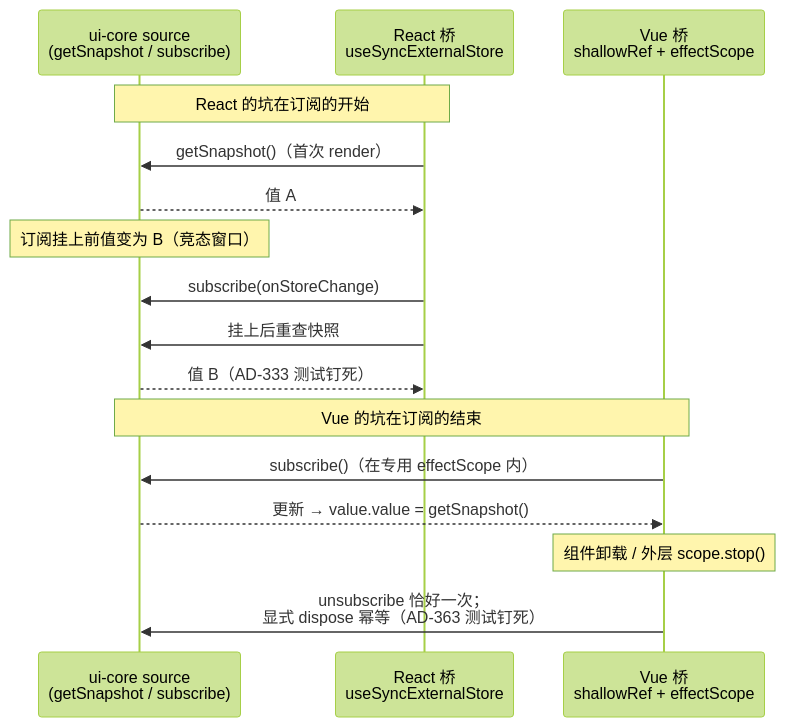
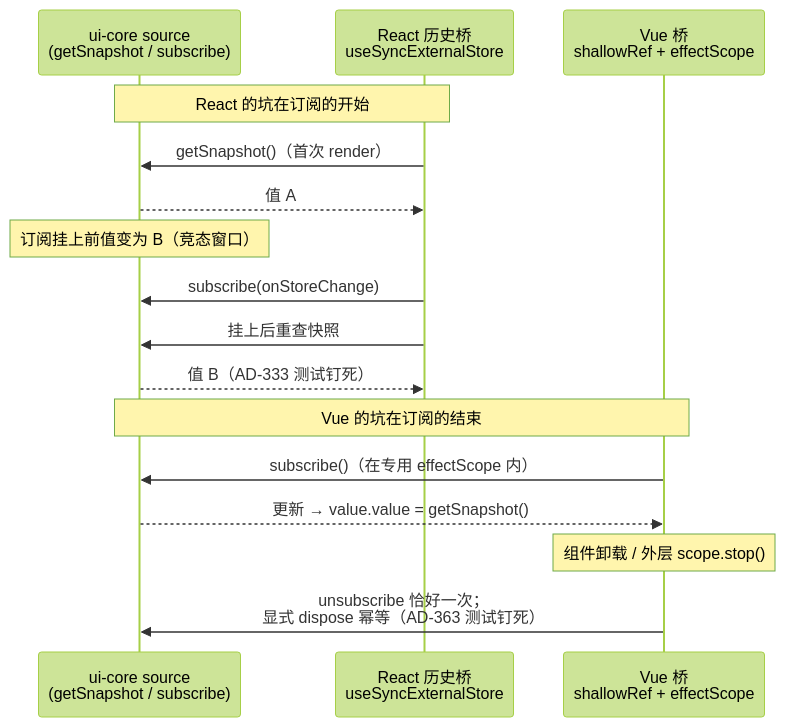
One commit to allroad88888888/einfach-excel changed the fifth of 5 diagrams in docs/content/article5-diagrams.md. Above: the diagram before and after it, drawn with Mermaid (forest theme). The commit also changed other lines of this file and 90 other files, not shown here.

````diff
--- a/docs/content/article5-diagrams.md
+++ b/docs/content/article5-diagrams.md
@@ -66,20 +79,20 @@
 ```mermaid
 sequenceDiagram
     participant Store as ui-core source<br/>(getSnapshot / subscribe)
-    participant R as React 桥<br/>useSyncExternalStore
+    participant R as React 历史桥<br/>useSyncExternalStore
     participant Vue as Vue 桥<br/>shallowRef + effectScope
 
     Note over Store,R: React 的坑在订阅的开始
     R->>Store: getSnapshot()（首次 render）
     Store-->>R: 值 A
     Note over Store: 订阅挂上前值变为 B（竞态窗口）
     R->>Store: subscribe(onStoreChange)
     R->>Store: 挂上后重查快照
     Store-->>R: 值 B（AD-333 测试钉死）
 
     Note over Store,Vue: Vue 的坑在订阅的结束
     Vue->>Store: subscribe()（在专用 effectScope 内）
     Store-->>Vue: 更新 → value.value = getSnapshot()
     Note over Vue: 组件卸载 / 外层 scope.stop()
     Vue->>Store: unsubscribe 恰好一次；<br/>显式 dispose 幂等（AD-363 测试钉死）
 ```
````
